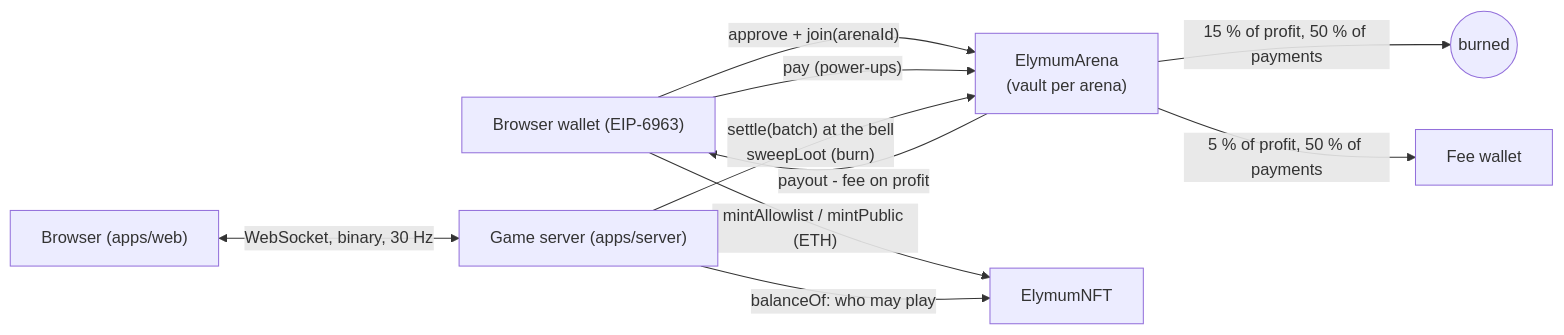
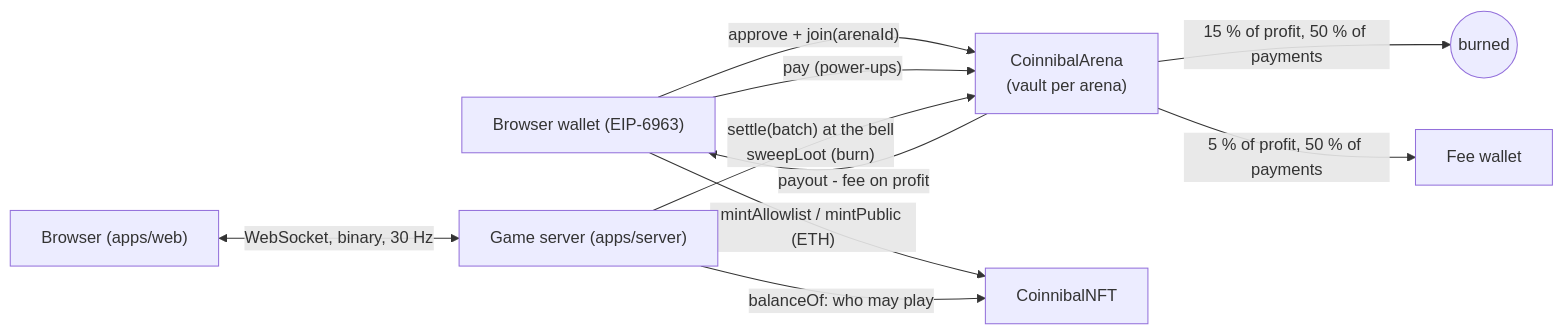
Before and after one commit to CoinnibalFun/Coinnibal: the diagram in README.md, drawn with Mermaid. The commit also changed other lines of this file and 117 other files, not shown here.

````diff
--- a/README.md
+++ b/README.md
@@ -65,12 +65,12 @@
 ```mermaid
 flowchart LR
-  W["Browser wallet (EIP-6963)"] -- "approve + join(arenaId)" --> A["ElymumArena<br/>(vault per arena)"]
+  W["Browser wallet (EIP-6963)"] -- "approve + join(arenaId)" --> A["CoinnibalArena<br/>(vault per arena)"]
   W -- "pay (power-ups)" --> A
-  W -- "mintAllowlist / mintPublic (ETH)" --> N["ElymumNFT"]
+  W -- "mintAllowlist / mintPublic (ETH)" --> N["CoinnibalNFT"]
   B["Browser (apps/web)"] <-- "WebSocket, binary, 30 Hz" --> S["Game server (apps/server)"]
   S -- "settle(batch) at the bell<br/>sweepLoot (burn)" --> A
   S -- "balanceOf: who may play" --> N
   A -- "payout - fee on profit" --> W
   A -- "15 % of profit, 50 % of payments" --> D(("burned"))
   A -- "5 % of profit, 50 % of payments" --> F["Fee wallet"]
 ```
````
